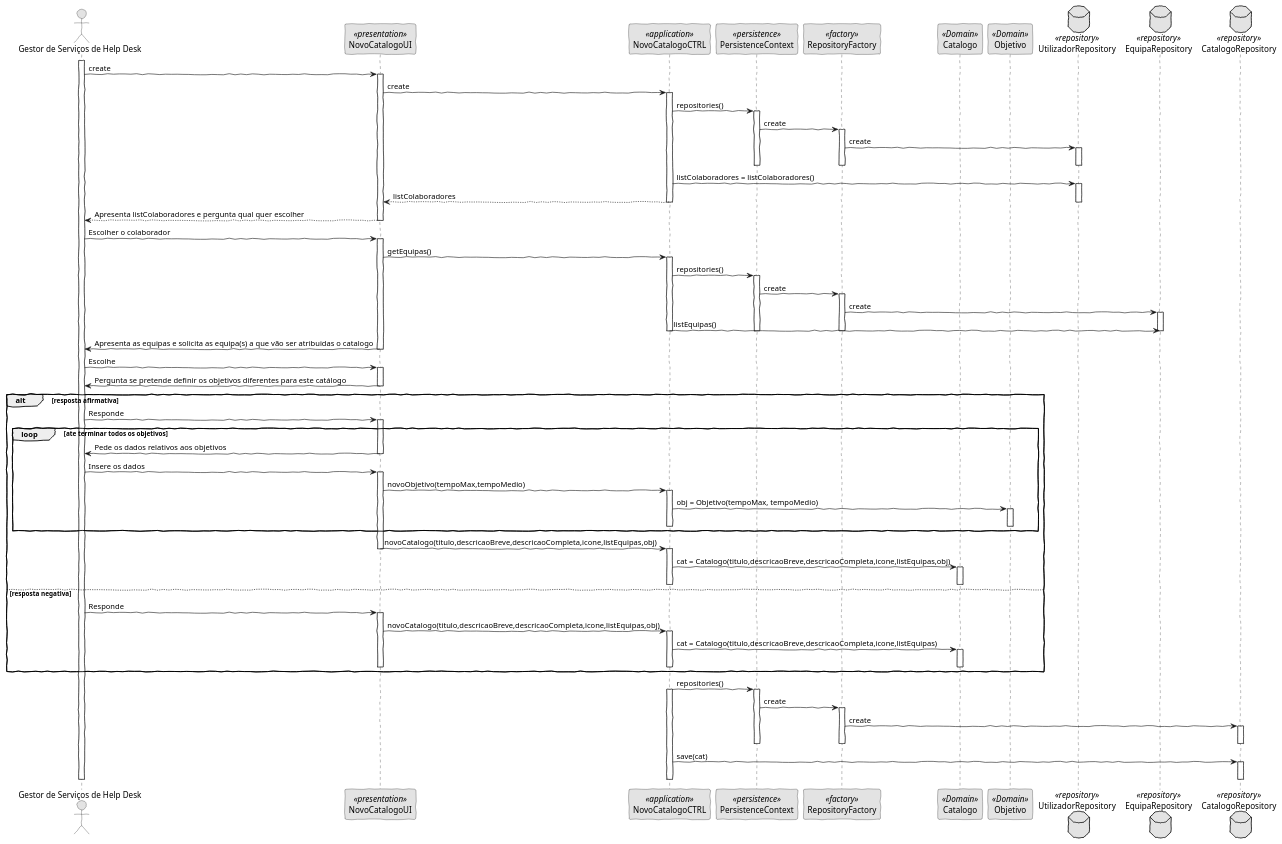
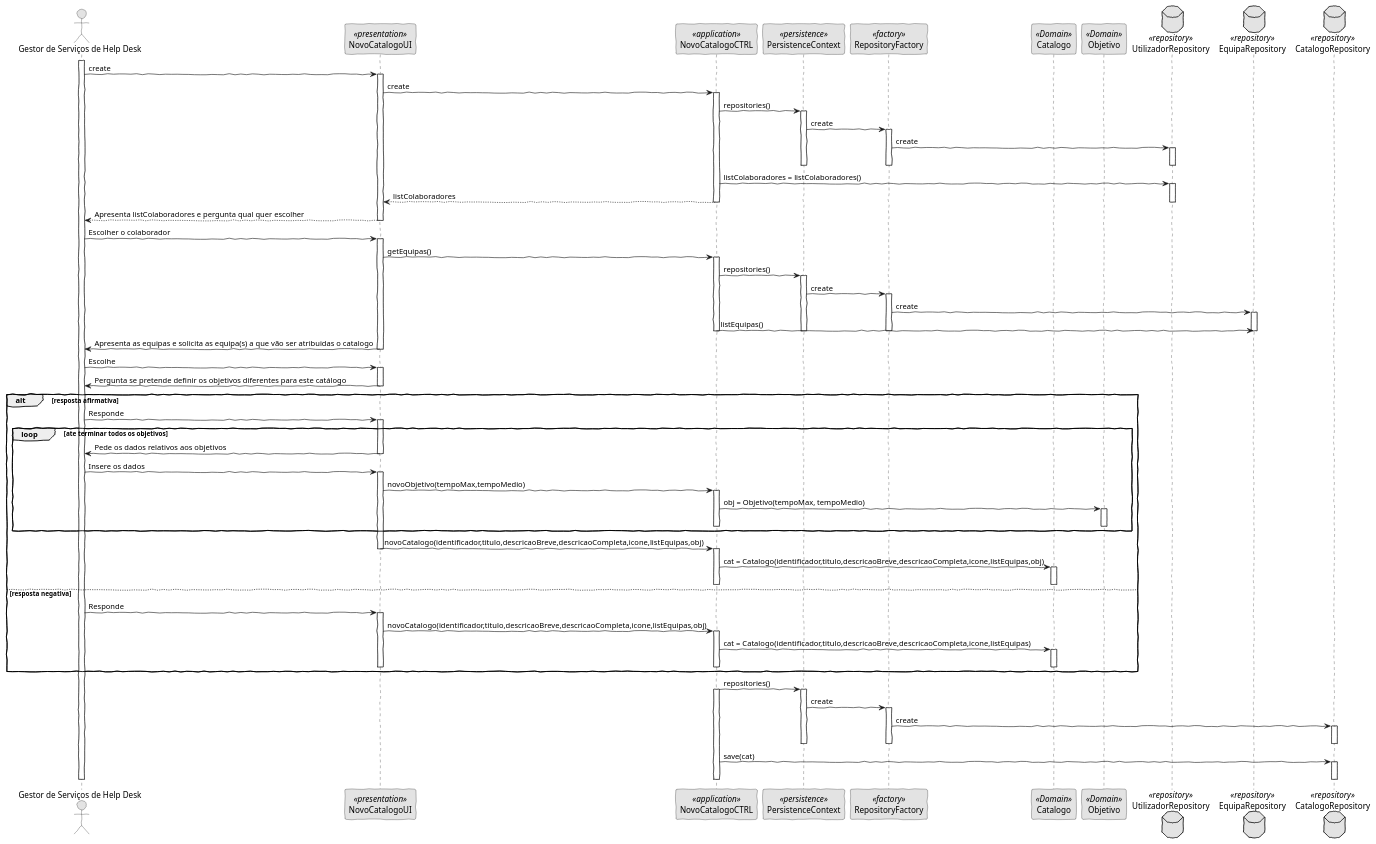
The diagram in docs/Use Cases/US2001/SD.puml (pedrolemos4/LAPR4), drawn with PlantUML before and after one commit.

Commit message:
LEI2DI04-38 #close #comment SD

```diff
--- a/docs/Use Cases/US2001/SD.puml
+++ b/docs/Use Cases/US2001/SD.puml
@@ -1,118 +1,118 @@
 @startuml
 'http://plantuml.com/skinparam.html
 skinparam handwritten true
 skinparam monochrome true
 skinparam packageStyle rect
 skinparam defaultFontName FG Virgil
 skinparam shadowing false
 
 Actor "Gestor de Serviços de Help Desk" as Actor
 participant NovoCatalogoUI as UI <<presentation>>
 participant NovoCatalogoCTRL as Controller <<application>>
 participant PersistenceContext as Persistence <<persistence>>
 participant RepositoryFactory as Factory <<factory>>
 participant Catalogo as Catalogo <<Domain>>
 participant Objetivo as Objetivo <<Domain>>
 database UtilizadorRepository as URepository <<repository>>
 database EquipaRepository as ERepository <<repository>>
 database CatalogoRepository as CRepository <<repository>>
 
 
 activate Actor
     Actor -> UI: create
     activate UI
       UI -> Controller: create
     activate Controller
         Controller -> Persistence: repositories()
     activate Persistence
         Persistence -> Factory: create
     activate Factory
         Factory -> URepository: create
     activate URepository
     deactivate Persistence
     deactivate Factory
     deactivate URepository
         Controller -> URepository: listColaboradores = listColaboradores()
     activate URepository
         Controller --> UI: listColaboradores
     deactivate URepository
     deactivate Controller
         UI --> Actor : Apresenta listColaboradores e pergunta qual quer escolher
     deactivate UI
       Actor -> UI: Escolher o colaborador
     activate UI
     UI -> Controller: getEquipas()
     activate Controller
     Controller -> Persistence: repositories()
     activate Persistence
         Persistence -> Factory: create
     activate Factory
         Factory -> ERepository: create
     activate ERepository
       Controller -> ERepository : listEquipas()
     deactivate Controller
     deactivate Persistence
     deactivate Factory
     deactivate ERepository
       UI -> Actor: Apresenta as equipas e solicita as equipa(s) a que vão ser atribuidas o catalogo
     deactivate UI
       Actor -> UI: Escolhe
     activate UI
       
       UI -> Actor: Pergunta se pretende definir os objetivos diferentes para este catálogo
     deactivate UI
     
     alt resposta afirmativa
     
     Actor -> UI: Responde
     activate UI
     
     loop ate terminar todos os objetivos 
       UI ->   Actor: Pede os dados relativos aos objetivos
     deactivate UI
       Actor -> UI: Insere os dados
     activate UI
       UI -> Controller: novoObjetivo(tempoMax,tempoMedio)
     activate Controller
       Controller -> Objetivo: obj = Objetivo(tempoMax, tempoMedio)
     activate Objetivo
     deactivate Objetivo
     deactivate Controller
     end
      
-      UI -> Controller: novoCatalogo(titulo,descricaoBreve,descricaoCompleta,icone,listEquipas,obj)
+      UI -> Controller: novoCatalogo(identificador,titulo,descricaoBreve,descricaoCompleta,icone,listEquipas,obj)
     deactivate UI
     activate Controller
-      Controller -> Catalogo: cat = Catalogo(titulo,descricaoBreve,descricaoCompleta,icone,listEquipas,obj)
+      Controller -> Catalogo: cat = Catalogo(identificador,titulo,descricaoBreve,descricaoCompleta,icone,listEquipas,obj)
     activate Catalogo
     deactivate Catalogo
     deactivate Controller
     else resposta negativa 
       Actor -> UI: Responde
     activate UI
-      UI -> Controller: novoCatalogo(titulo,descricaoBreve,descricaoCompleta,icone,listEquipas,obj)
+      UI -> Controller: novoCatalogo(identificador,titulo,descricaoBreve,descricaoCompleta,icone,listEquipas,obj)
     activate Controller
-      Controller -> Catalogo: cat = Catalogo(titulo,descricaoBreve,descricaoCompleta,icone,listEquipas)
+      Controller -> Catalogo: cat = Catalogo(identificador,titulo,descricaoBreve,descricaoCompleta,icone,listEquipas)
     activate Catalogo
     deactivate Catalogo
     deactivate Controller
     deactivate UI
     end
 
       Controller -> Persistence: repositories()
     activate Controller
     activate Persistence
       Persistence -> Factory: create
     activate Factory
       Factory -> CRepository: create
     activate CRepository
     deactivate Persistence
     deactivate Factory
     deactivate CRepository
       Controller -> CRepository: save(cat)
     activate CRepository
     deactivate CRepository
     deactivate Controller
   
 deactivate Actor
 @enduml
```
